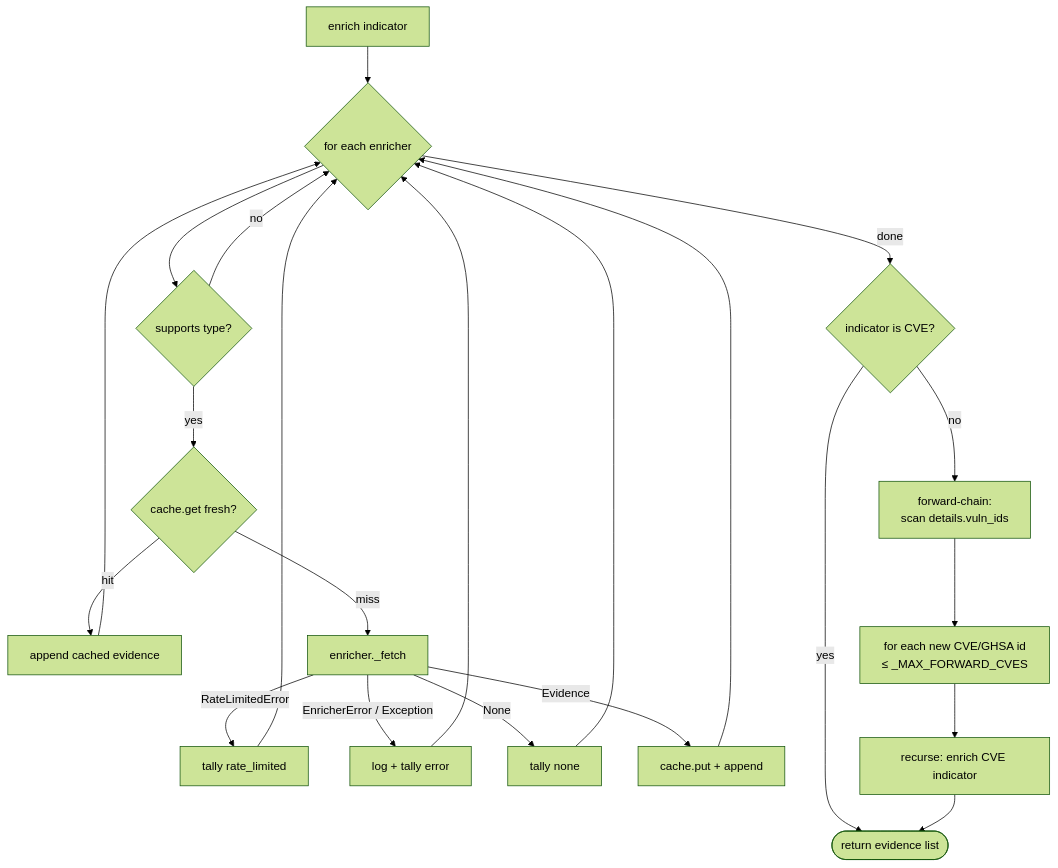
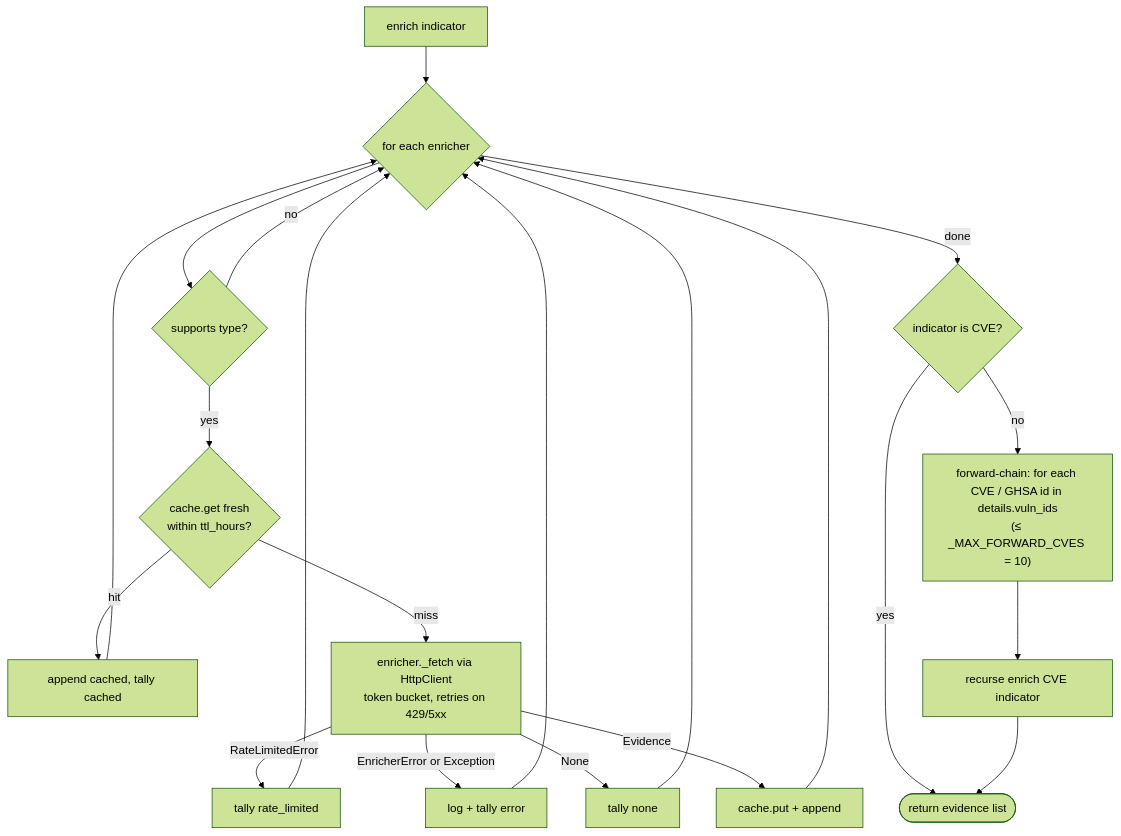
Before and after one commit to iklobato/avai: diagram 18 of 23 in docs/ARCHITECTURE.md, drawn with Mermaid (forest theme). The commit also changed other lines of this file and 1 other file, not shown here.

First line of the commit message:
docs: refresh architecture map and replace the refactor plan

````diff
--- a/docs/ARCHITECTURE.md
+++ b/docs/ARCHITECTURE.md
@@ -490,19 +1092,17 @@
 ```mermaid
 flowchart TD
     A[enrich indicator] --> B{for each enricher}
     B --> C{supports type?}
     C -->|no| B
-    C -->|yes| D{cache.get fresh?}
-    D -->|hit| E[append cached evidence] --> B
-    D -->|miss| F[enricher._fetch]
+    C -->|yes| D{cache.get fresh<br/>within ttl_hours?}
+    D -->|hit| E[append cached, tally cached] --> B
+    D -->|miss| F[enricher._fetch via HttpClient<br/>token bucket, retries on 429/5xx]
     F -->|RateLimitedError| G[tally rate_limited] --> B
-    F -->|EnricherError / Exception| H[log + tally error] --> B
+    F -->|EnricherError or Exception| H[log + tally error] --> B
     F -->|None| I[tally none] --> B
     F -->|Evidence| J[cache.put + append] --> B
     B -->|done| K{indicator is CVE?}
     K -->|yes| Z([return evidence list])
-    K -->|no| L[forward-chain:<br/>scan details.vuln_ids]
-    L --> M[for each new CVE/GHSA id<br/>≤ _MAX_FORWARD_CVES]
-    M --> N[recurse: enrich CVE indicator]
-    N --> Z
+    K -->|no| L["forward-chain: for each CVE / GHSA id in details.vuln_ids<br/>(≤ _MAX_FORWARD_CVES = 10)"]
+    L --> M[recurse enrich CVE indicator] --> Z
 ```
````
